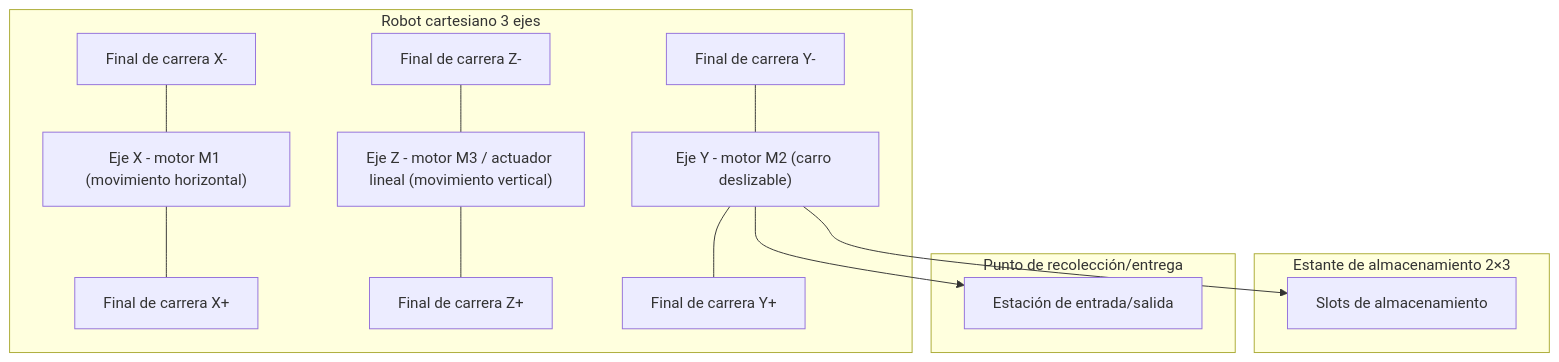
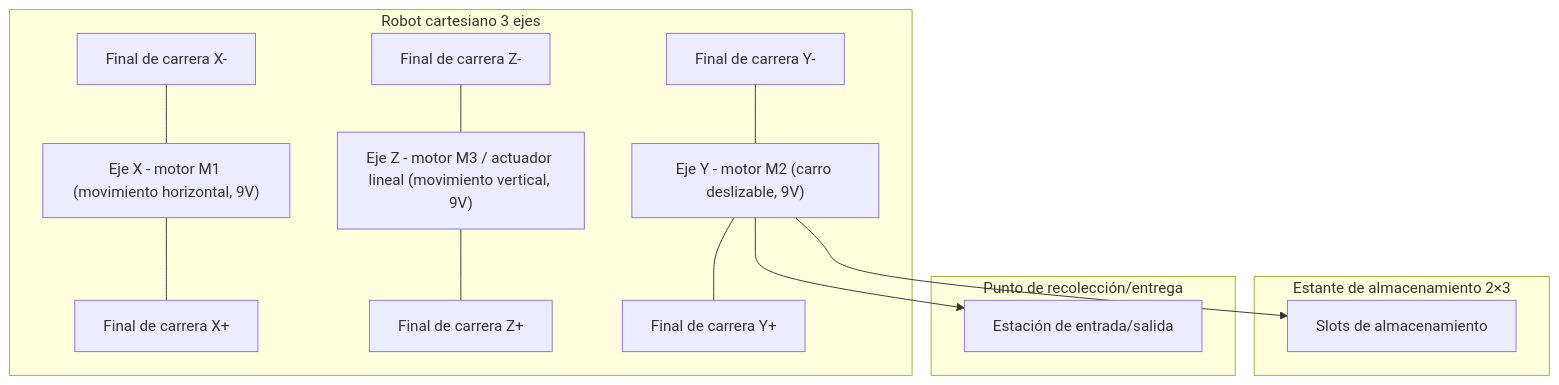
Before and after one commit to SB-312/Proyecto-Intermedio-IIoT: the first of 4 diagrams in README.md, drawn with Mermaid. The commit also changed other lines of this file, not shown here.

````diff
--- a/README.md
+++ b/README.md
@@ -58,32 +61,32 @@
 ```mermaid
 flowchart TB
   subgraph Robot["Robot cartesiano 3 ejes"]
-    X["Eje X - motor M1 (movimiento horizontal)"]
-    Z["Eje Z - motor M3 / actuador lineal (movimiento vertical)"]
-    Y["Eje Y - motor M2 (carro deslizable)"]
+    X["Eje X - motor M1 (movimiento horizontal, 9V)"]
+    Z["Eje Z - motor M3 / actuador lineal (movimiento vertical, 9V)"]
+    Y["Eje Y - motor M2 (carro deslizable, 9V)"]
 
     FXmin["Final de carrera X-"]
     FXmax["Final de carrera X+"]
 
     FZmin["Final de carrera Z-"]
     FZmax["Final de carrera Z+"]
 
     FYmin["Final de carrera Y-"]
     FYmax["Final de carrera Y+"]
 
     FXmin --- X --- FXmax
     FZmin --- Z --- FZmax
     FYmin --- Y --- FYmax
   end
 
   subgraph Estante["Estante de almacenamiento 2×3"]
     S11["Slots de almacenamiento"]
   end
 
   subgraph PuntoExt["Punto de recolección/entrega"]
     P11["Estación de entrada/salida"]
   end
 
   Y --> S11
   Y --> P11
 ```
````
